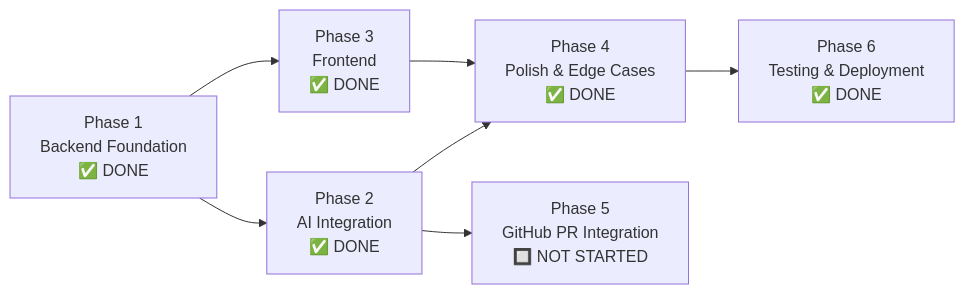
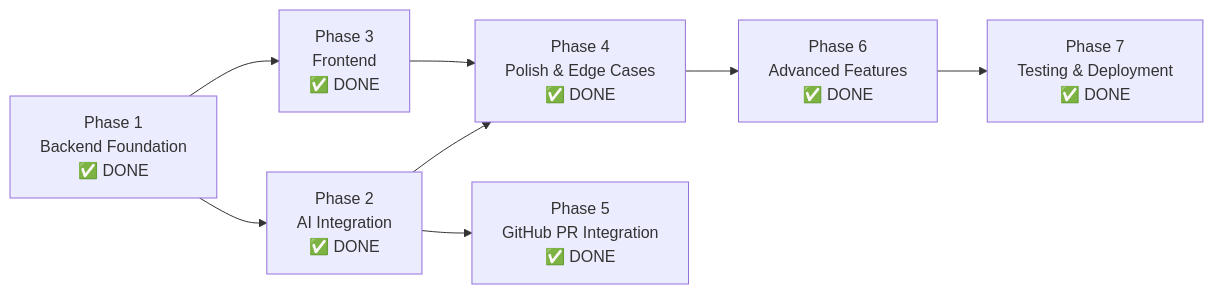
Before and after one commit to chandan942/ai-review-system: the diagram in docs/DEVELOPMENT.md, drawn with Mermaid. The commit also changed other lines of this file and 3 other files, not shown here.

Commit message:
docs: Update README and documentation for Phase 5, batch review, history export, and dark mode features

````diff
--- a/docs/DEVELOPMENT.md
+++ b/docs/DEVELOPMENT.md
@@ -27,16 +28,18 @@
 ```mermaid
 graph LR
     P1["Phase 1<br/>Backend Foundation<br/>✅ DONE"]
     P2["Phase 2<br/>AI Integration<br/>✅ DONE"]
     P3["Phase 3<br/>Frontend<br/>✅ DONE"]
     P4["Phase 4<br/>Polish & Edge Cases<br/>✅ DONE"]
-    P5["Phase 5<br/>GitHub PR Integration<br/>🔲 NOT STARTED"]
-    P6["Phase 6<br/>Testing & Deployment<br/>✅ DONE"]
+    P5["Phase 5<br/>GitHub PR Integration<br/>✅ DONE"]
+    P6["Phase 6<br/>Advanced Features<br/>✅ DONE"]
+    P7["Phase 7<br/>Testing & Deployment<br/>✅ DONE"]
 
     P1 --> P2
     P1 --> P3
     P2 --> P4
     P3 --> P4
     P2 --> P5
     P4 --> P6
+    P6 --> P7
 ```
````
